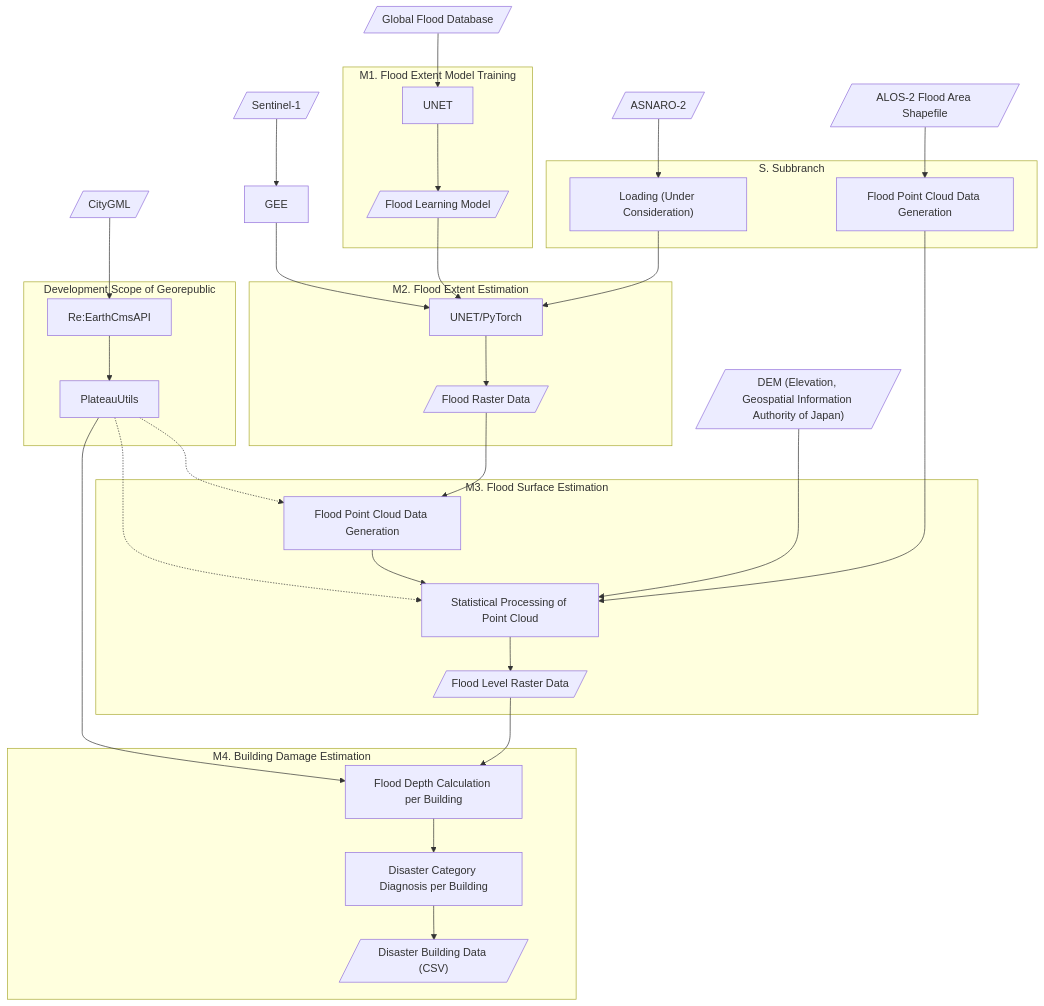
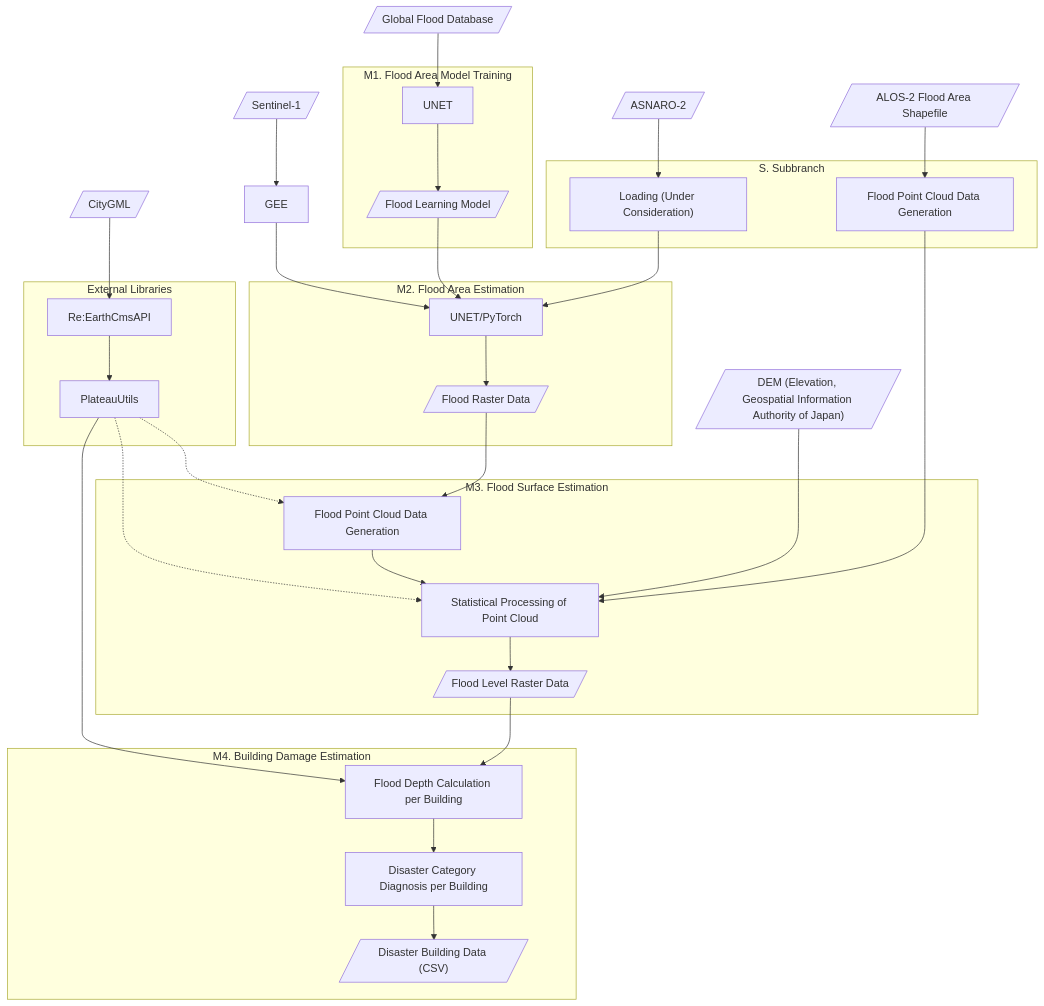
One commit to eukarya-inc/plateau-2023-uc01-satellite-analytics changed the diagram in README.md. Above: the diagram before and after it, drawn with Mermaid. The commit also changed other lines of this file, not shown here.

````diff
--- a/README.md
+++ b/README.md
@@ -10,39 +10,39 @@
 ```mermaid
 graph TD
 	Sentinel-1[/Sentinel-1/] --> GEE
 	
 	GEE --> UNET2["UNET/PyTorch"]
 
 	GFD[/"Global Flood Database"/]--> UNET
-	subgraph M1. Flood Extent Model Training
+	subgraph M1. Flood Area Model Training
 	UNET-->LM[/"Flood Learning Model"/]
 	end
-	subgraph M2. Flood Extent Estimation
+	subgraph M2. Flood Area Estimation
 	LM --> UNET2
 	UNET2 --> FR[/"Flood Raster Data"/]
 	end
-	subgraph Development Scope of Georepublic
+	subgraph External Libraries
 	RECA --> PlateauUtils
 	end
 	subgraph M3. Flood Surface Estimation
 	PlateauUtils -.-> PT
 	FR --> PT["Flood Point Cloud Data Generation"]
 	PlateauUtils -.-> STAT
 	PT --> STAT["Statistical Processing of Point Cloud"]
 	STAT --> FLR[/"Flood Level Raster Data"/]
 	end
 	DEM[/"DEM (Elevation, Geospatial Information Authority of Japan)"/] ---> STAT
 	CGML[/"CityGML"/] --> RECA["Re:EarthCmsAPI"]
 	subgraph M4. Building Damage Estimation
 	PlateauUtils --> FDEVAL["Flood Depth Calculation per Building"]
 	FLR --> FDEVAL
 	FDEVAL --> FCAT["Disaster Category Diagnosis per Building"]
 	FCAT --> FCArray[/"Disaster Building Data (CSV)"/]
 	end
 	ALOS-2[/"ALOS-2 Flood Area Shapefile"/] --> PT2["Flood Point Cloud Data Generation"]
 	ASNARO-2[/ASNARO-2/] --> loadASNR2["Loading (Under Consideration)"]
 	subgraph S. Subbranch
 		PT2 --> STAT
 		loadASNR2 --> UNET2
 	end
 ```
````
